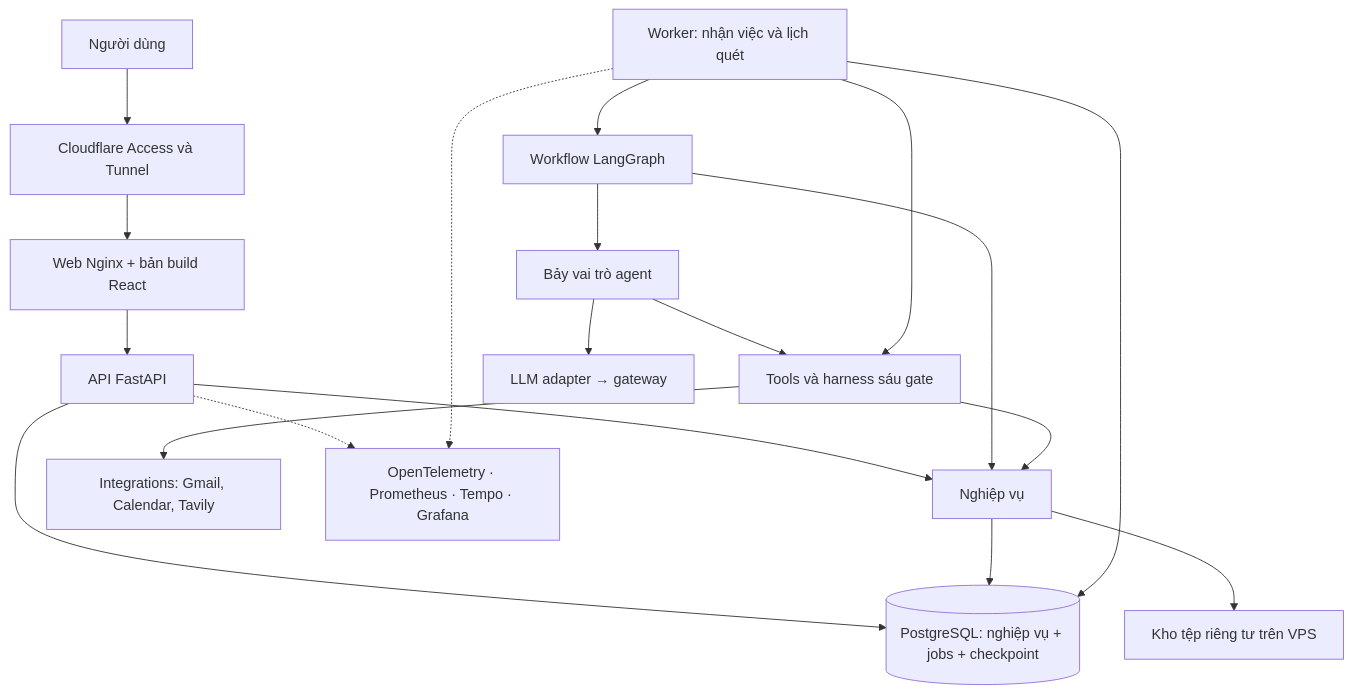
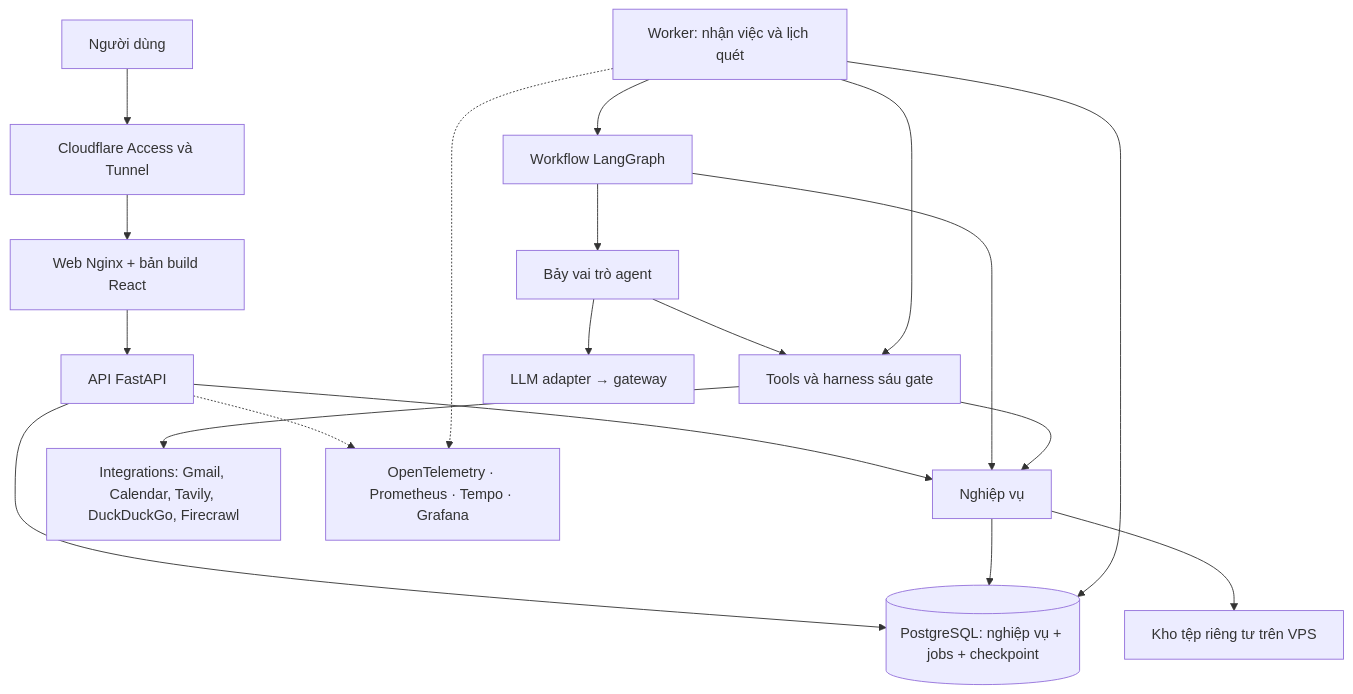
The first of 2 diagrams in docs/system-architecture.md (agent-bean/email_agentic), drawn with Mermaid before and after one commit. The commit also changed other lines of this file and 17 other files, not shown here.

Commit message:
feat(research): add DuckDuckGo alongside Tavily

````diff
--- a/docs/system-architecture.md
+++ b/docs/system-architecture.md
@@ -11,21 +11,21 @@
 ```mermaid
 flowchart TB
     U["Người dùng"] --> CF["Cloudflare Access và Tunnel"]
     CF --> WEB["Web Nginx + bản build React"]
     WEB --> API["API FastAPI"]
     API --> B["Nghiệp vụ"]
     API --> DB[("PostgreSQL: nghiệp vụ + jobs + checkpoint")]
     R["Worker: nhận việc và lịch quét"] --> G["Workflow LangGraph"]
     G --> A["Bảy vai trò agent"]
     G --> B
     A --> T["Tools và harness sáu gate"]
     R --> T
     T --> B
-    T --> I["Integrations: Gmail, Calendar, Tavily"]
+    T --> I["Integrations: Gmail, Calendar, Tavily, DuckDuckGo, Firecrawl"]
     A --> L["LLM adapter → gateway"]
     B --> DB
     B --> F["Kho tệp riêng tư trên VPS"]
     R --> DB
     API -.-> O["OpenTelemetry · Prometheus · Tempo · Grafana"]
     R -.-> O
 ```
````
